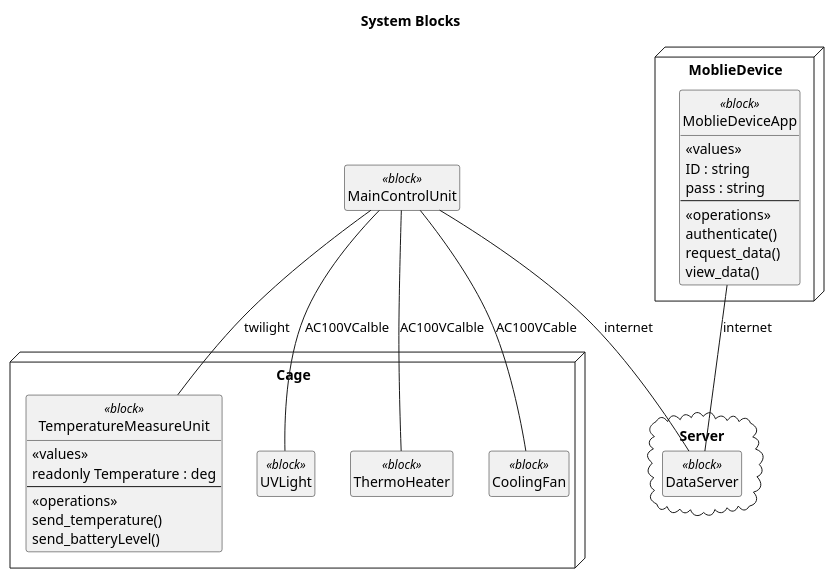
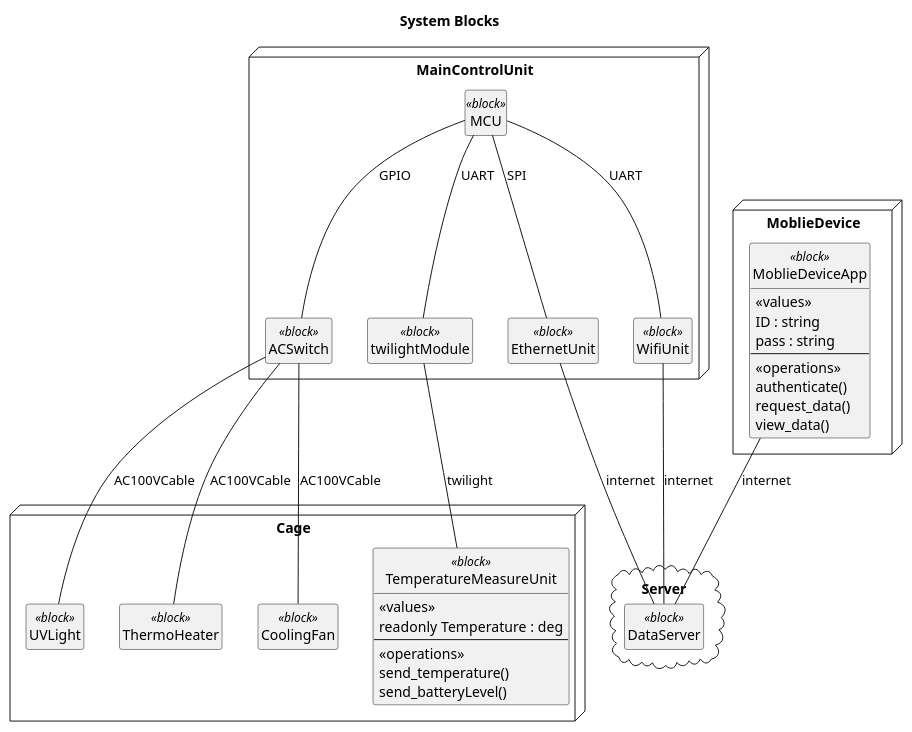
One commit to ShujiMikami/RenjiSystemProject changed the diagram in Documents/SystemIdea/SystemDiaglam.plantuml. Above: the diagram before and after it, drawn with PlantUML.

Commit message:
MainUnitの内部を記載

```diff
--- a/Documents/SystemIdea/SystemDiaglam.plantuml
+++ b/Documents/SystemIdea/SystemDiaglam.plantuml
@@ -1,54 +1,74 @@
 @startuml
 
 title System Blocks
 
 hide circle
 hide empty members
 hide method
 
-class "MainControlUnit" as BlockMainControlUnit <<block>>{
+package "MainControlUnit" as NodeMainControlUnit <<node>>{
+
+  class "MCU" as BlockMCU <<block>>{
+  }
+
+  class "WifiUnit" as BlockWifiUnit <<block>>{
+  }
+
+  class "EthernetUnit" as BlockEthernetUnit <<block>>{
+  }
+
+  class "ACSwitch" as BlockACSwitch <<block>>{
+  }
+
+  class "twilightModule" as BlockTwilightModule <<block>>{
+  }
 }
 package "Cage" as NodeCage <<node>>{
   class "TemperatureMeasureUnit" as BlockTemperatureMeasureUnit <<block>>{
     <<values>>
     readonly Temperature : deg
     --
     <<operations>>
     send_temperature()
     send_batteryLevel()
   }
   
   class "UVLight" as BlockUVLight <<block>>{
   }
   
   class "ThermoHeater" as BlockThermoHeater <<block>>{
   }
   class "CoolingFan" as BlockCoolingFan <<block>>{
   }
 }
 package "Server" as CloudServer <<cloud>>{
   class "DataServer" as BlockDataServer <<block>>{
   }
 }
 
 package "MoblieDevice" as NodeMobileDevice <<node>>{
 
   class "MoblieDeviceApp" as BlockMobileDevice <<block>>{
     <<values>>
     ID : string
     pass : string
     --
     <<operations>>
     authenticate()
     request_data()
     view_data()
   }
 }
+BlockMCU -- BlockWifiUnit : UART
+BlockMCU -- BlockEthernetUnit : SPI
+BlockMCU -- BlockTwilightModule : UART
+BlockMCU -- BlockACSwitch : GPIO
 BlockMobileDevice -- BlockDataServer : internet 
-BlockMainControlUnit -- BlockDataServer : internet
-BlockMainControlUnit -- BlockTemperatureMeasureUnit : twilight
-BlockMainControlUnit -- BlockThermoHeater : AC100VCalble
-BlockMainControlUnit -- BlockUVLight : AC100VCalble
-BlockMainControlUnit -- BlockCoolingFan : AC100VCable
+BlockWifiUnit -- BlockDataServer : internet
+BlockEthernetUnit -- BlockDataServer : internet
+BlockTwilightModule -- BlockTemperatureMeasureUnit : twilight
+BlockACSwitch -- BlockThermoHeater : AC100VCable
+BlockACSwitch -- BlockUVLight : AC100VCable
+BlockACSwitch -- BlockCoolingFan : AC100VCable
 
 @enduml
```
